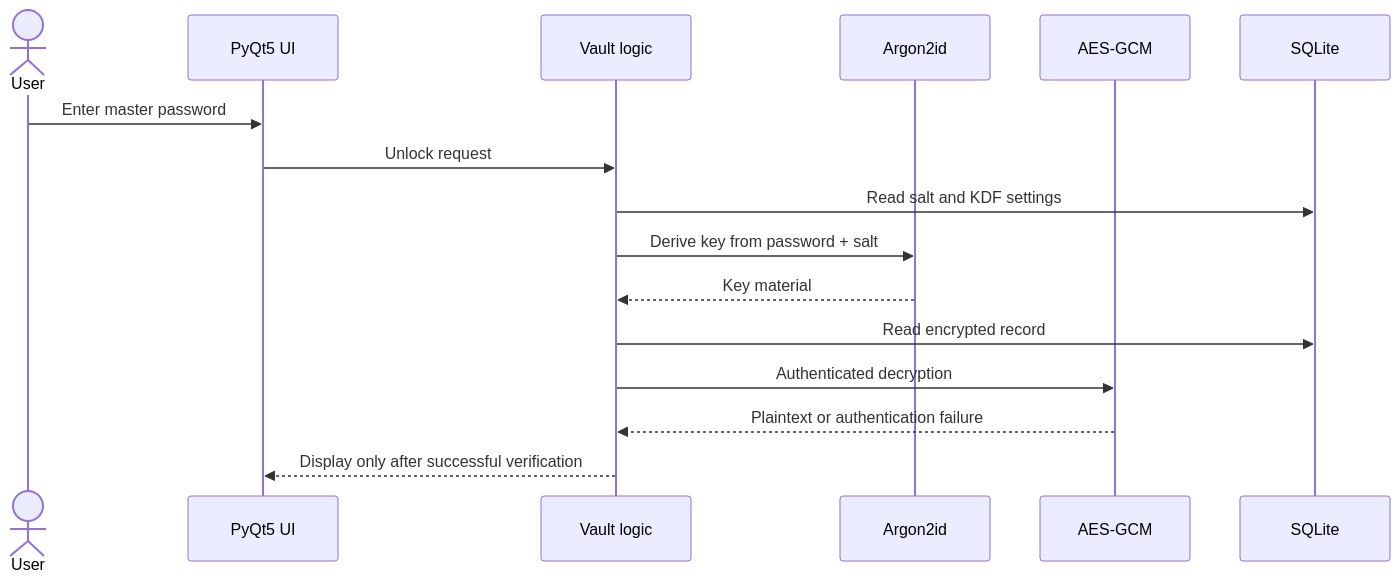
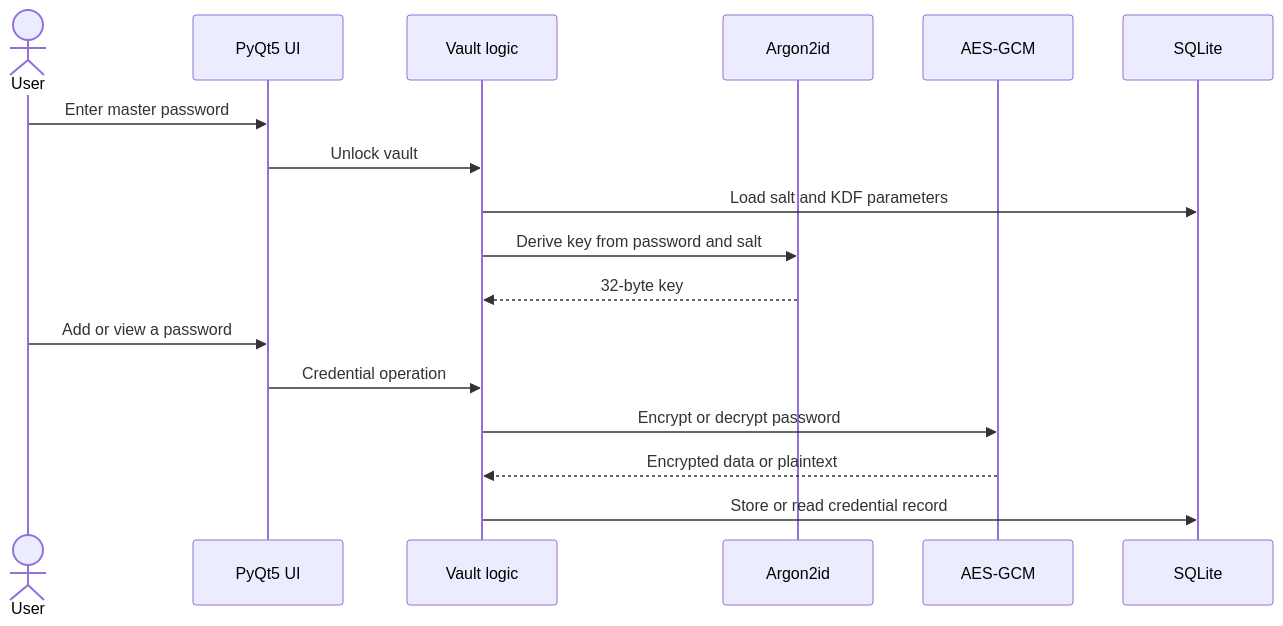
The diagram in docs/ARCHITECTURE.md (JustSami2005/Syberlock), drawn with Mermaid before and after one commit. The commit also changed other lines of this file, not shown here.

````diff
--- a/docs/ARCHITECTURE.md
+++ b/docs/ARCHITECTURE.md
@@ -20,18 +17,19 @@
 ```mermaid
 sequenceDiagram
     actor User
     participant UI as PyQt5 UI
     participant Vault as Vault logic
     participant KDF as Argon2id
     participant Crypto as AES-GCM
     participant DB as SQLite
     User->>UI: Enter master password
-    UI->>Vault: Unlock request
-    Vault->>DB: Read salt and KDF settings
-    Vault->>KDF: Derive key from password + salt
-    KDF-->>Vault: Key material
-    Vault->>DB: Read encrypted record
-    Vault->>Crypto: Authenticated decryption
-    Crypto-->>Vault: Plaintext or authentication failure
-    Vault-->>UI: Display only after successful verification
+    UI->>Vault: Unlock vault
+    Vault->>DB: Load salt and KDF parameters
+    Vault->>KDF: Derive key from password and salt
+    KDF-->>Vault: 32-byte key
+    User->>UI: Add or view a password
+    UI->>Vault: Credential operation
+    Vault->>Crypto: Encrypt or decrypt password
+    Crypto-->>Vault: Encrypted data or plaintext
+    Vault->>DB: Store or read credential record
 ```
````
